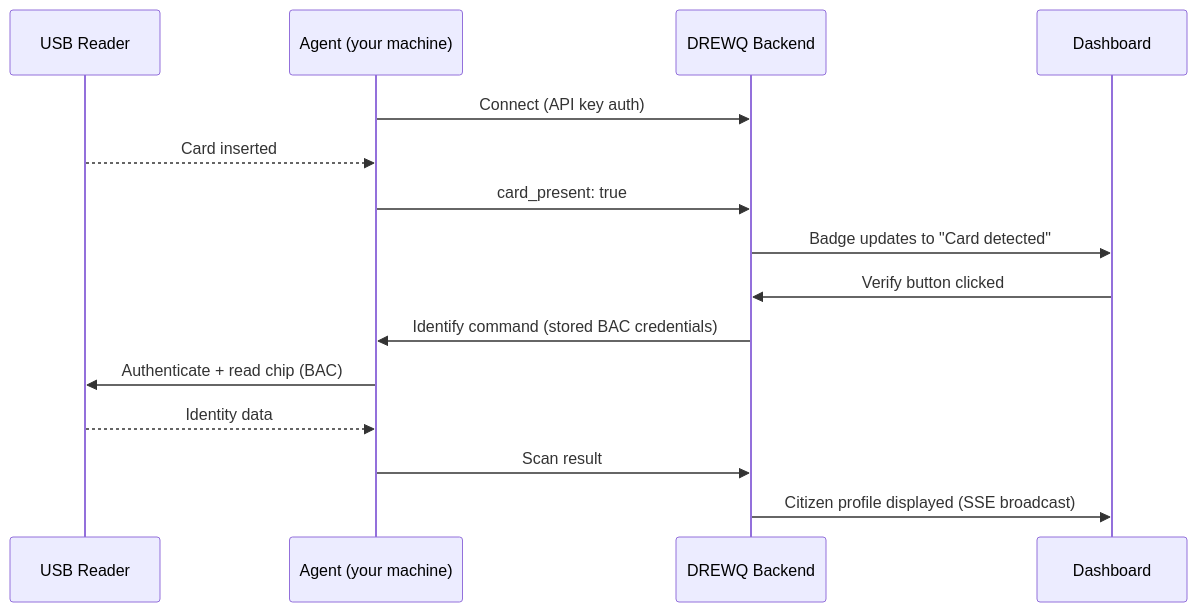
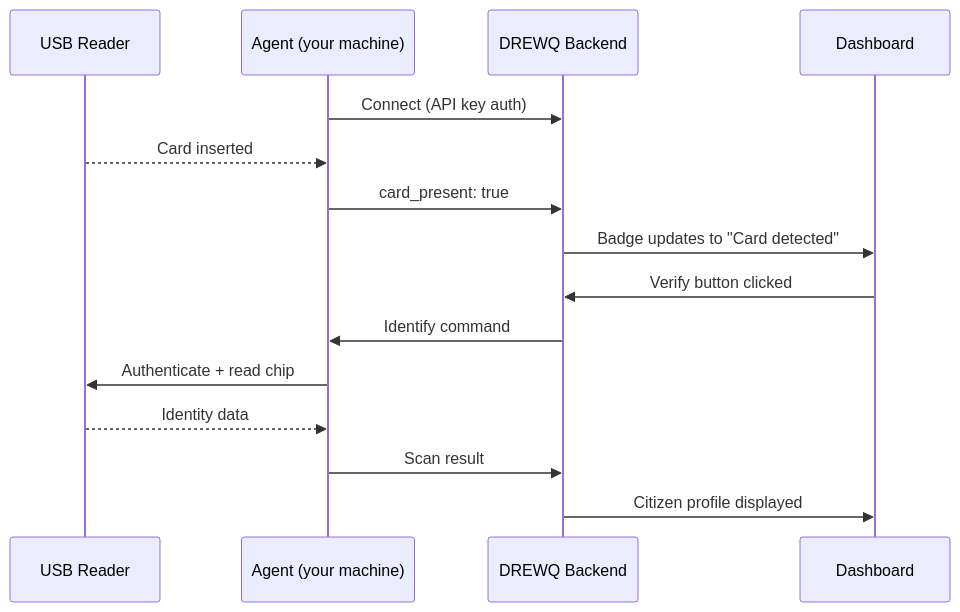
Before and after one commit to andrewakuaku/drewq-agent: the diagram in README.md, drawn with Mermaid. The commit also changed other lines of this file, not shown here.

Commit message:
docs: remove protocol-specific terms from agent workflow description
Replace SSE and BAC references with general language in the diagram
and step-by-step workflow.

````diff
--- a/README.md
+++ b/README.md
@@ -11,20 +11,20 @@
 ```mermaid
 sequenceDiagram
     participant R as USB Reader
     participant A as Agent (your machine)
     participant B as DREWQ Backend
     participant D as Dashboard
 
     A->>B: Connect (API key auth)
 
     R-->>A: Card inserted
     A->>B: card_present: true
     B->>D: Badge updates to "Card detected"
 
     D->>B: Verify button clicked
-    B->>A: Identify command (stored BAC credentials)
-    A->>R: Authenticate + read chip (BAC)
+    B->>A: Identify command
+    A->>R: Authenticate + read chip
     R-->>A: Identity data
     A->>B: Scan result
-    B->>D: Citizen profile displayed (SSE broadcast)
+    B->>D: Citizen profile displayed
 ```
````
